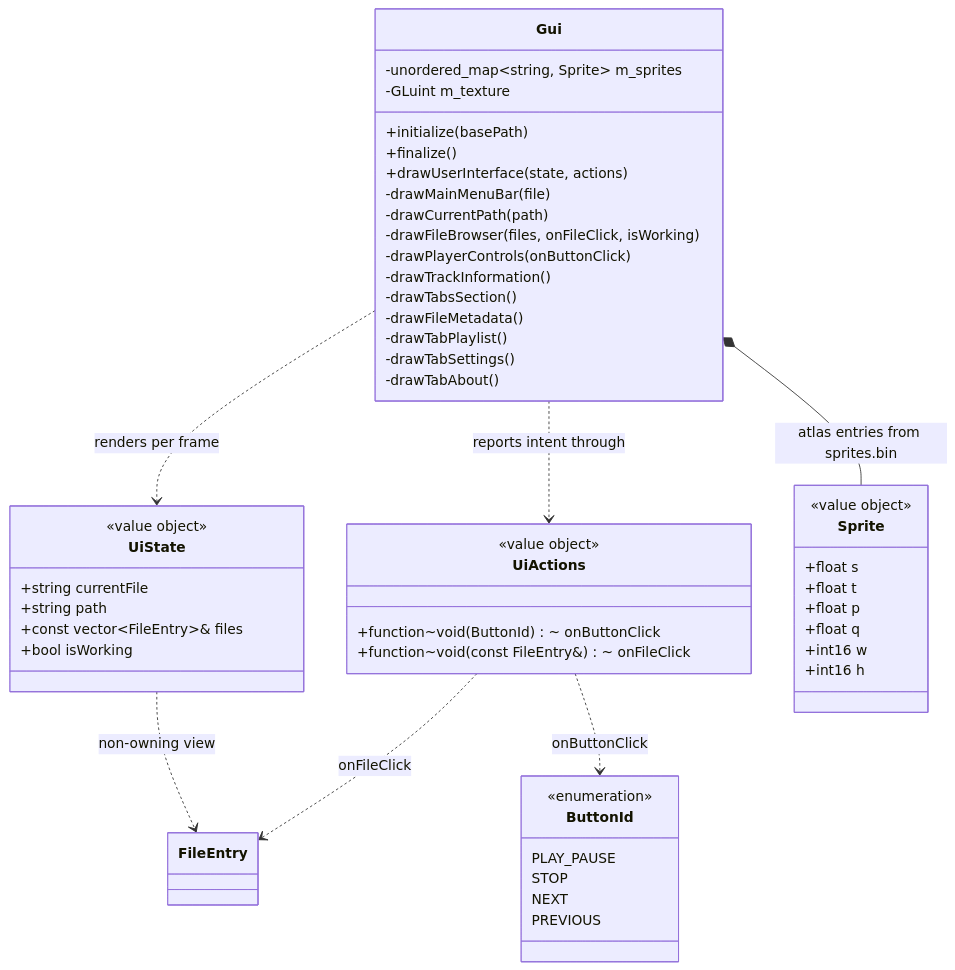
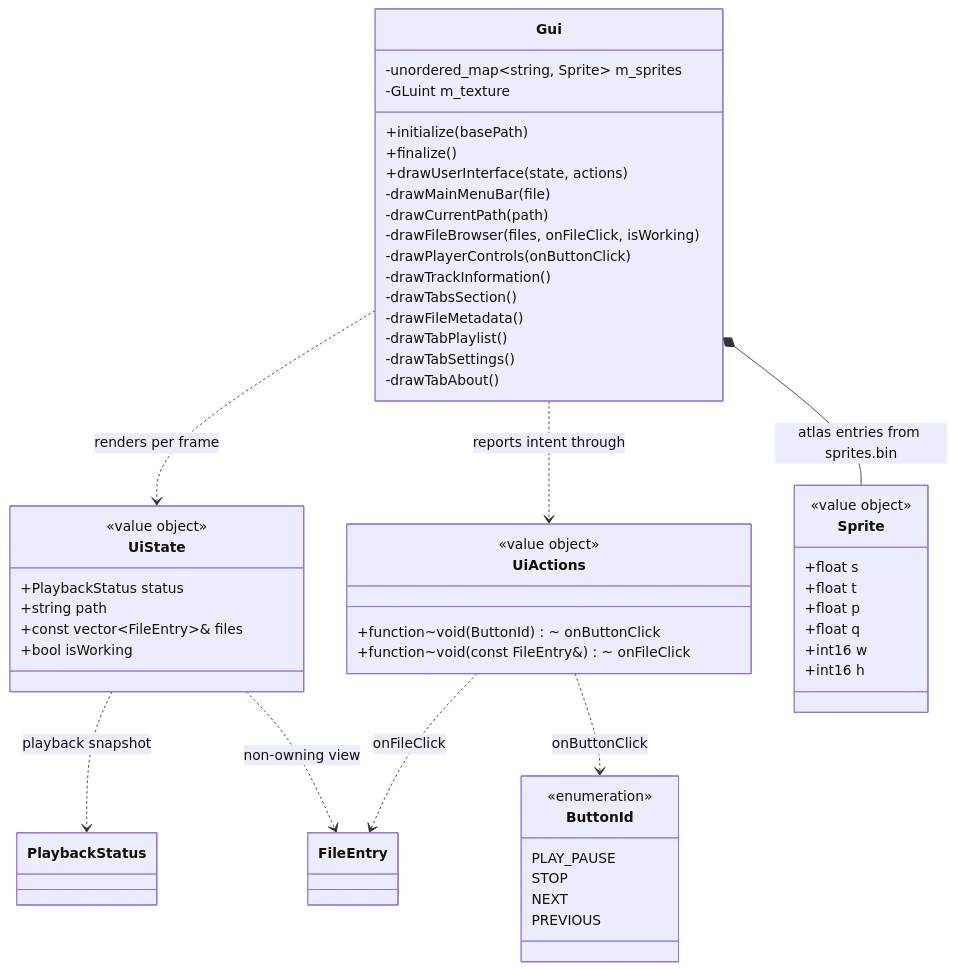
One commit to notnotme/osp2 changed the diagram in docs/ui.md. Above: the diagram before and after it, drawn with Mermaid. The commit also changed other lines of this file and 10 other files, not shown here.

First line of the commit message:
feat: add PlaybackStatus snapshot API to player domain

````diff
--- a/docs/ui.md
+++ b/docs/ui.md
@@ -5,59 +5,60 @@
 ```mermaid
 classDiagram
     class Gui {
         -unordered_map~string, Sprite~ m_sprites
         -GLuint m_texture
         +initialize(basePath)
         +finalize()
         +drawUserInterface(state, actions)
         -drawMainMenuBar(file)
         -drawCurrentPath(path)
         -drawFileBrowser(files, onFileClick, isWorking)
         -drawPlayerControls(onButtonClick)
         -drawTrackInformation()
         -drawTabsSection()
         -drawFileMetadata()
         -drawTabPlaylist()
         -drawTabSettings()
         -drawTabAbout()
     }
 
     class UiState {
         <<value object>>
-        +string currentFile
+        +PlaybackStatus status
         +string path
         +const vector~FileEntry~& files
         +bool isWorking
     }
 
     class UiActions {
         <<value object>>
         +function~void(ButtonId)~ onButtonClick
         +function~void(const FileEntry&)~ onFileClick
     }
 
     class Sprite {
         <<value object>>
         +float s
         +float t
         +float p
         +float q
         +int16 w
         +int16 h
     }
 
     class ButtonId {
         <<enumeration>>
         PLAY_PAUSE
         STOP
         NEXT
         PREVIOUS
     }
 
     Gui *-- Sprite : atlas entries from sprites.bin
     Gui ..> UiState : renders per frame
     Gui ..> UiActions : reports intent through
+    UiState ..> PlaybackStatus : playback snapshot
     UiState ..> FileEntry : non-owning view
     UiActions ..> ButtonId : onButtonClick
     UiActions ..> FileEntry : onFileClick
 ```
````
